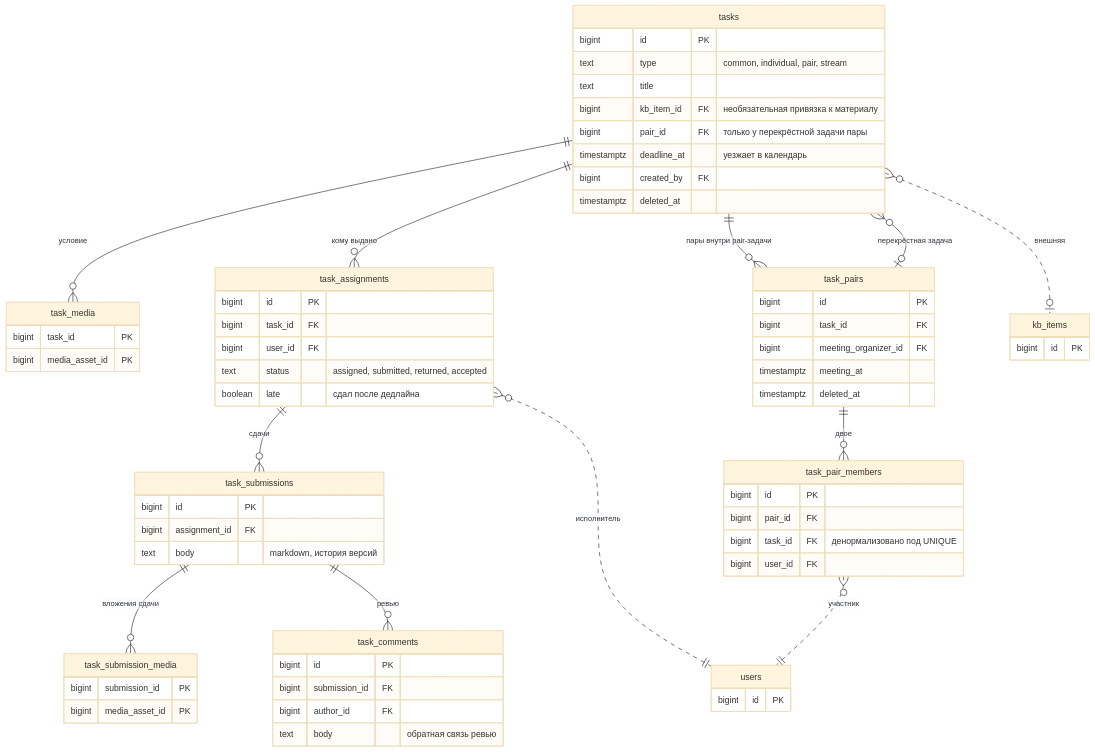
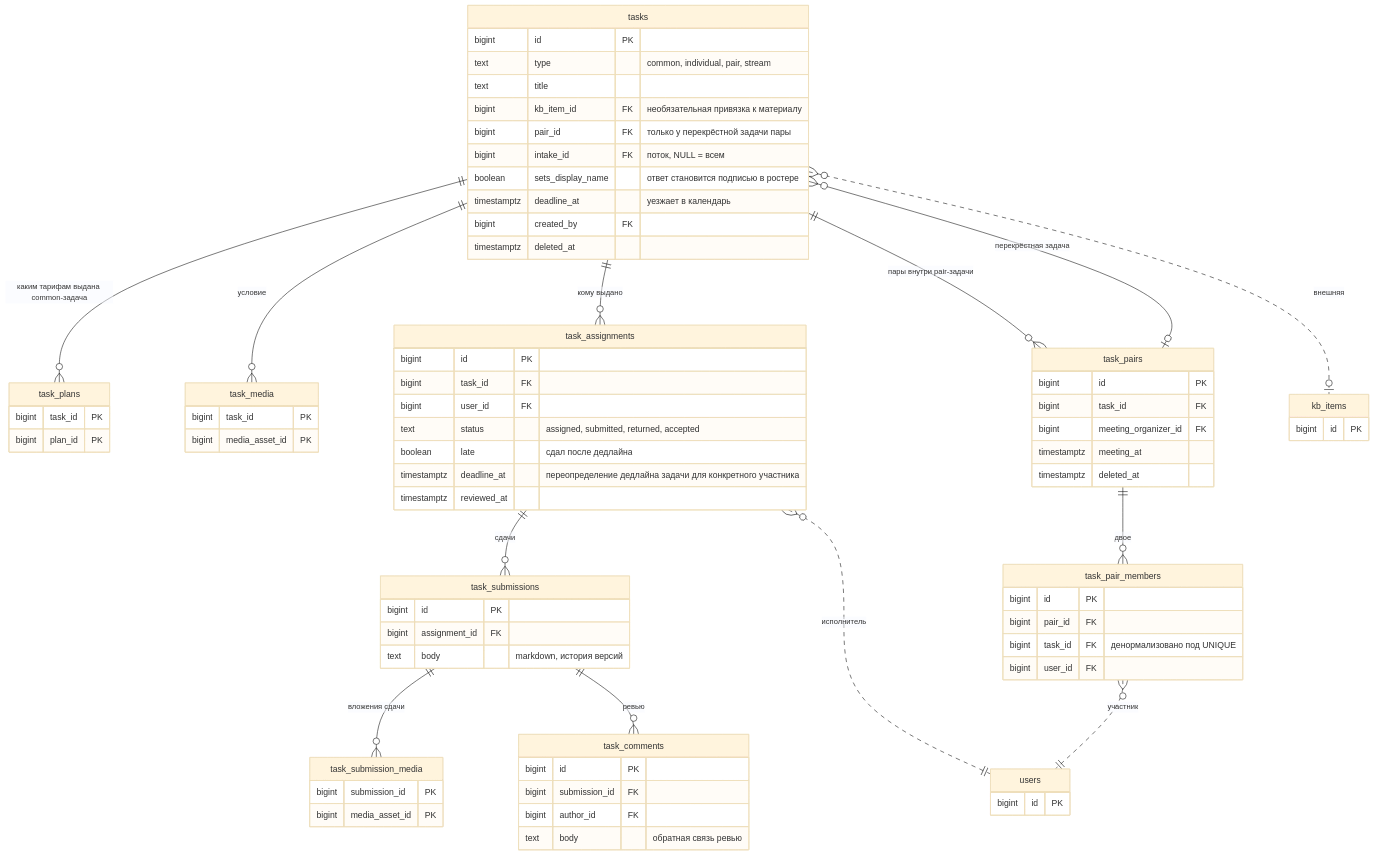
One commit to code-tamer3000/argonautica-platfrorm changed the sixth of 20 diagrams in docs/ARCHITECTURE.md. Above: the diagram before and after it, drawn with Mermaid (base theme). The commit also changed other lines of this file, not shown here.

First line of the commit message:
docs: синхронизировать ARCHITECTURE.md с реальностью бэкенда

````diff
--- a/docs/ARCHITECTURE.md
+++ b/docs/ARCHITECTURE.md
@@ -296,70 +403,79 @@
 ```mermaid
 erDiagram
     tasks {
         bigint id PK
         text type "common, individual, pair, stream"
         text title
         bigint kb_item_id FK "необязательная привязка к материалу"
         bigint pair_id FK "только у перекрёстной задачи пары"
+        bigint intake_id FK "поток, NULL = всем"
+        boolean sets_display_name "ответ становится подписью в ростере"
         timestamptz deadline_at "уезжает в календарь"
         bigint created_by FK
         timestamptz deleted_at
+    }
+    task_plans {
+        bigint task_id PK
+        bigint plan_id PK
     }
     task_media {
         bigint task_id PK
         bigint media_asset_id PK
     }
     task_assignments {
         bigint id PK
         bigint task_id FK
         bigint user_id FK
         text status "assigned, submitted, returned, accepted"
         boolean late "сдал после дедлайна"
+        timestamptz deadline_at "переопределение дедлайна задачи для конкретного участника"
+        timestamptz reviewed_at
     }
     task_submissions {
         bigint id PK
         bigint assignment_id FK
         text body "markdown, история версий"
     }
     task_submission_media {
         bigint submission_id PK
         bigint media_asset_id PK
     }
     task_comments {
         bigint id PK
         bigint submission_id FK
         bigint author_id FK
         text body "обратная связь ревью"
     }
     task_pairs {
         bigint id PK
         bigint task_id FK
         bigint meeting_organizer_id FK
         timestamptz meeting_at
         timestamptz deleted_at
     }
     task_pair_members {
         bigint id PK
         bigint pair_id FK
         bigint task_id FK "денормализовано под UNIQUE"
         bigint user_id FK
     }
     kb_items {
         bigint id PK
     }
     users {
         bigint id PK
     }
 
+    tasks ||--o{ task_plans : "каким тарифам выдана common-задача"
     tasks ||--o{ task_media : "условие"
     tasks ||--o{ task_assignments : "кому выдано"
     task_assignments ||--o{ task_submissions : "сдачи"
     task_submissions ||--o{ task_submission_media : "вложения сдачи"
     task_submissions ||--o{ task_comments : "ревью"
     tasks ||--o{ task_pairs : "пары внутри pair-задачи"
     task_pairs ||--o{ task_pair_members : "двое"
     task_pairs |o--o{ tasks : "перекрёстная задача"
     tasks }o..o| kb_items : "внешняя"
     task_assignments }o..|| users : "исполнитель"
     task_pair_members }o..|| users : "участник"
 ```
````
